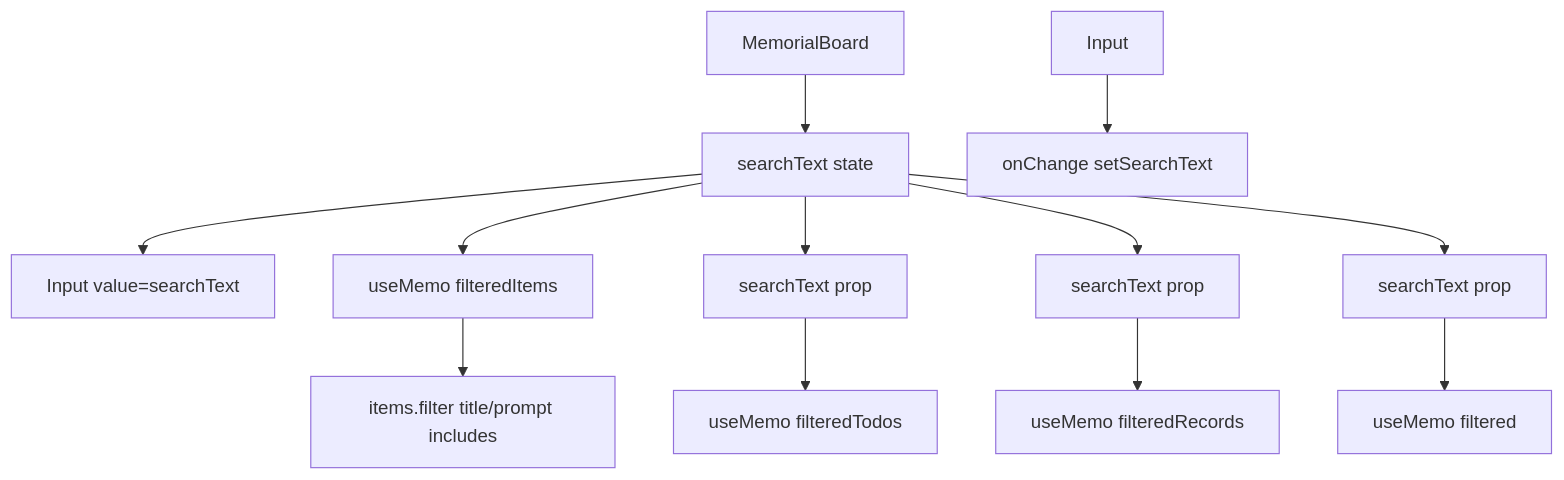
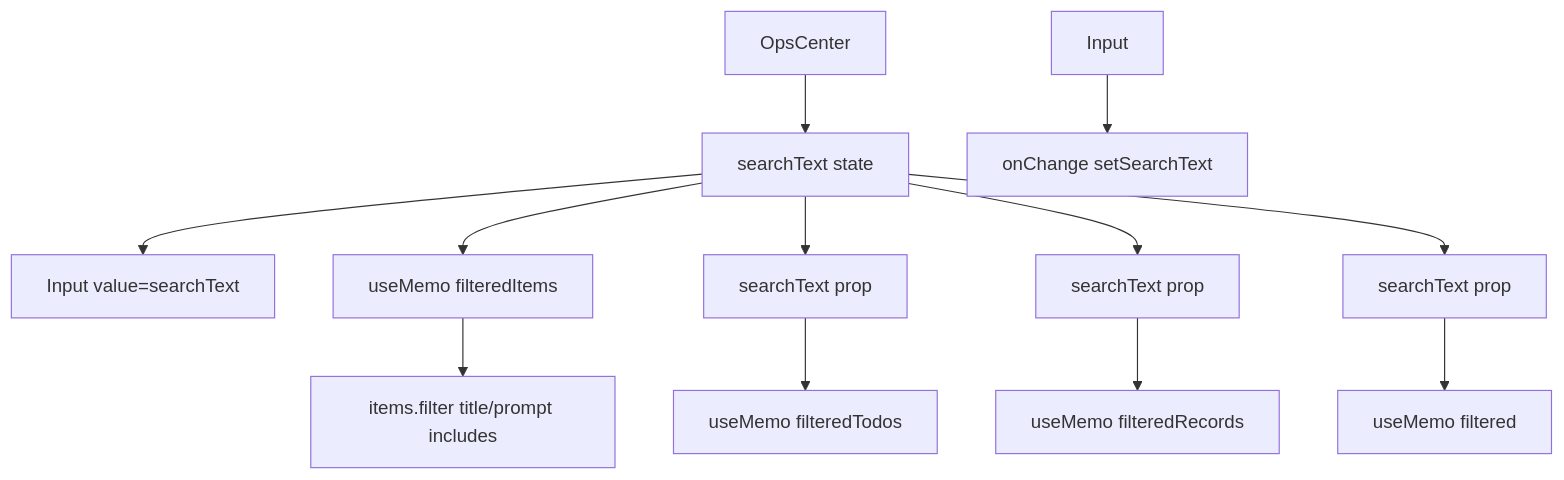
The second of 4 diagrams in frontend/src/help/pages/board-search.md (weibaohui/ntd), drawn with Mermaid before and after one commit. The commit also changed other lines of this file and 24 other files, not shown here.

First line of the commit message:
refactor(097): 看板视图归位事项菜单 + 独立看板改名运行中心

````diff
--- a/frontend/src/help/pages/board-search.md
+++ b/frontend/src/help/pages/board-search.md
@@ -25,14 +25,14 @@
 ```mermaid
 flowchart TD
-  MemorialBoard --> searchText_state["searchText state"]
+  OpsCenter --> searchText_state["searchText state"]
   searchText_state --> Input_value["Input value=searchText"]
   Input --> setSearchText["onChange setSearchText"]
   searchText_state --> filteredItems["useMemo filteredItems"]
-  filteredItems --> memorial_filter["items.filter title/prompt includes"]
+  filteredItems --> conclusion_filter["items.filter title/prompt includes"]
   searchText_state --> KanbanBoard["searchText prop"]
   KanbanBoard --> filteredTodos["useMemo filteredTodos"]
   searchText_state --> RunningBoard["searchText prop"]
   RunningBoard --> filteredRecords["useMemo filteredRecords"]
   searchText_state --> LoopKanban["searchText prop"]
   LoopKanban --> filtered["useMemo filtered"]
 ```
````
